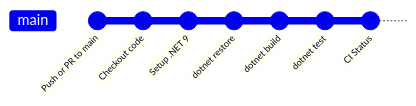
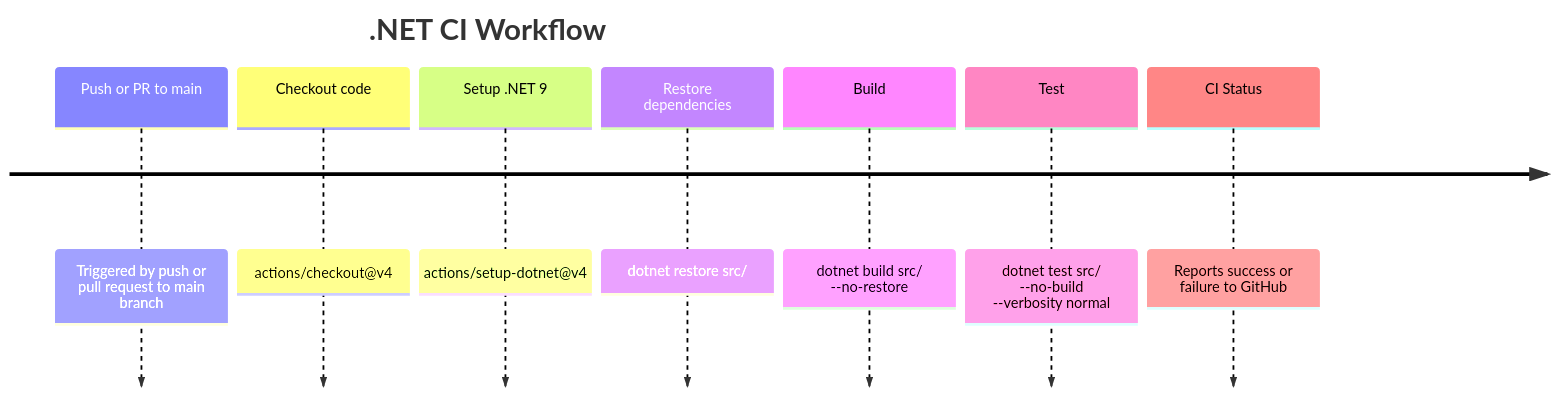
Before and after one commit to ChaosHelme/PacMan-Learning: the second of 2 diagrams in README.md, drawn with Mermaid. The commit also changed other lines of this file, not shown here.

Commit message:
Update README.md and replace mermaid gitgraph with timeline for a better workflow overview

````diff
--- a/README.md
+++ b/README.md
@@ -113,10 +113,11 @@
 ```mermaid
-gitGraph
-commit id: "Push or PR to main"
-commit id: "Checkout code"
-commit id: "Setup .NET 9"
-commit id: "dotnet restore"
-commit id: "dotnet build"
-commit id: "dotnet test"
-commit id: "CI Status"
+timeline
+    title .NET CI Workflow
+    Push or PR to main : Triggered by push or pull request to main branch
+    Checkout code : actions/checkout@v4
+    Setup .NET 9 : actions/setup-dotnet@v4
+    Restore dependencies : dotnet restore src/
+    Build : dotnet build src/ --no-restore
+    Test : dotnet test src/ --no-build --verbosity normal
+    CI Status : Reports success or failure to GitHub
 ```
````
